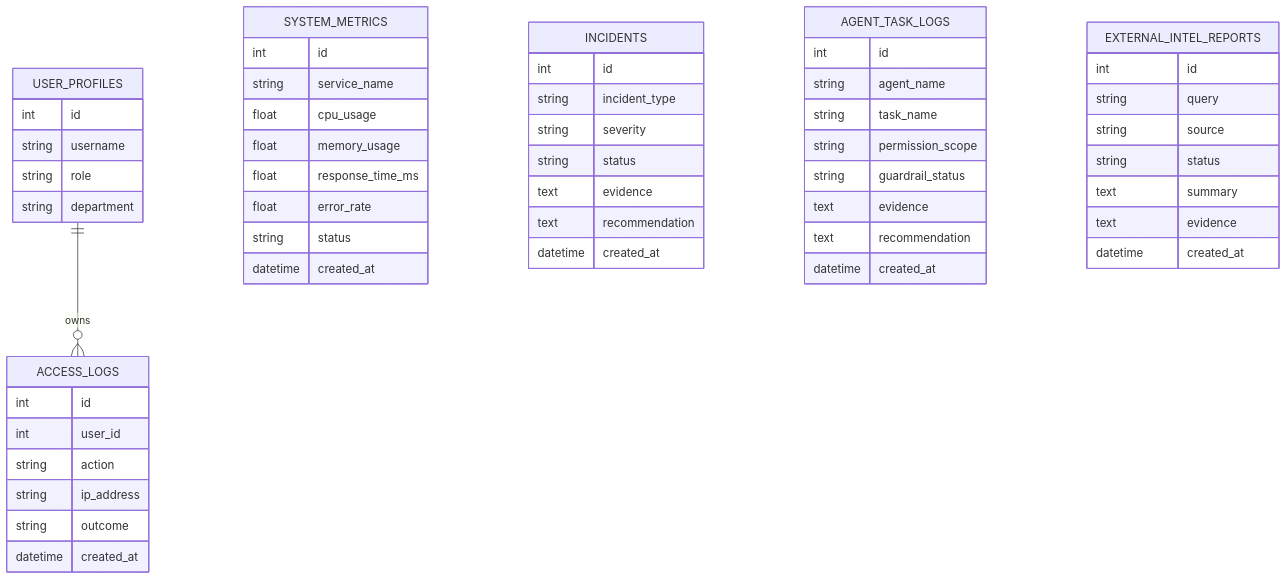
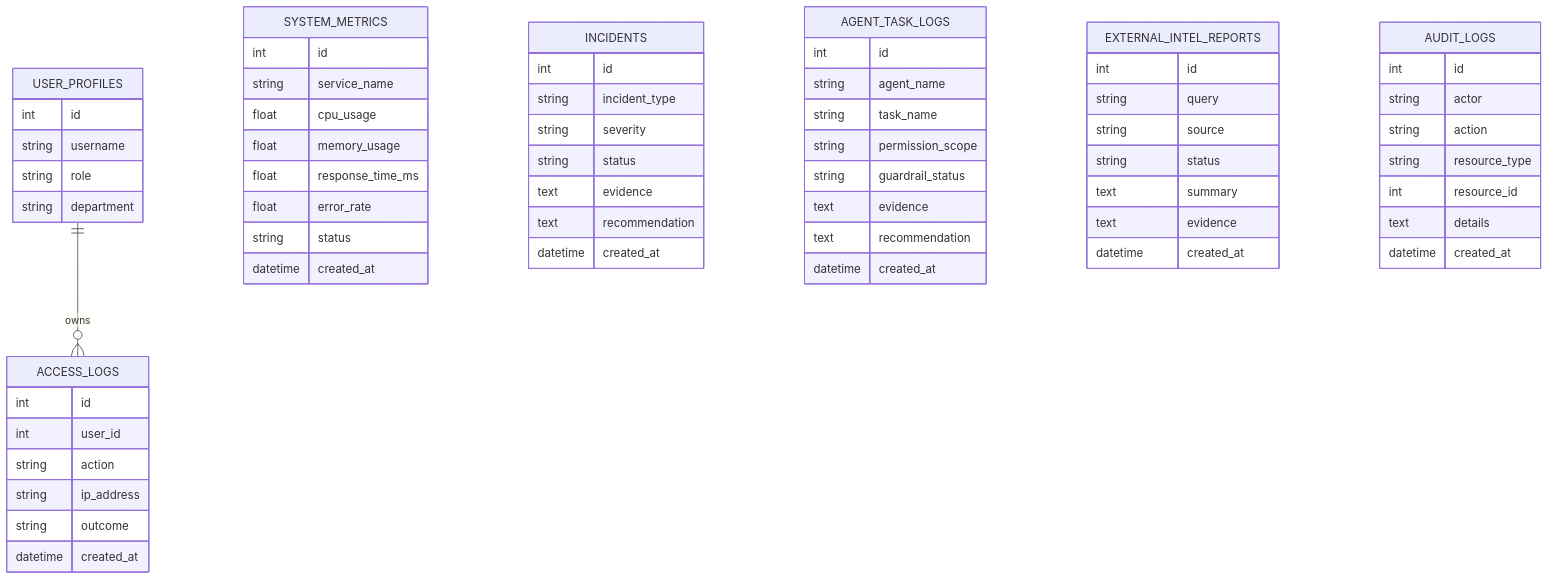
The fifth of 6 diagrams in README.md (mazin04-a11y/secure-saas-aiops-monitoring), drawn with Mermaid before and after one commit. The commit also changed other lines of this file and 15 other files, not shown here.

````diff
--- a/README.md
+++ b/README.md
@@ -553,56 +573,65 @@
 ```mermaid
 erDiagram
     USER_PROFILES ||--o{ ACCESS_LOGS : owns
     SYSTEM_METRICS {
         int id
         string service_name
         float cpu_usage
         float memory_usage
         float response_time_ms
         float error_rate
         string status
         datetime created_at
     }
     USER_PROFILES {
         int id
         string username
         string role
         string department
     }
     ACCESS_LOGS {
         int id
         int user_id
         string action
         string ip_address
         string outcome
         datetime created_at
     }
     INCIDENTS {
         int id
         string incident_type
         string severity
         string status
         text evidence
         text recommendation
         datetime created_at
     }
     AGENT_TASK_LOGS {
         int id
         string agent_name
         string task_name
         string permission_scope
         string guardrail_status
         text evidence
         text recommendation
         datetime created_at
     }
     EXTERNAL_INTEL_REPORTS {
         int id
         string query
         string source
         string status
         text summary
         text evidence
         datetime created_at
     }
+    AUDIT_LOGS {
+        int id
+        string actor
+        string action
+        string resource_type
+        int resource_id
+        text details
+        datetime created_at
+    }
 ```
````
